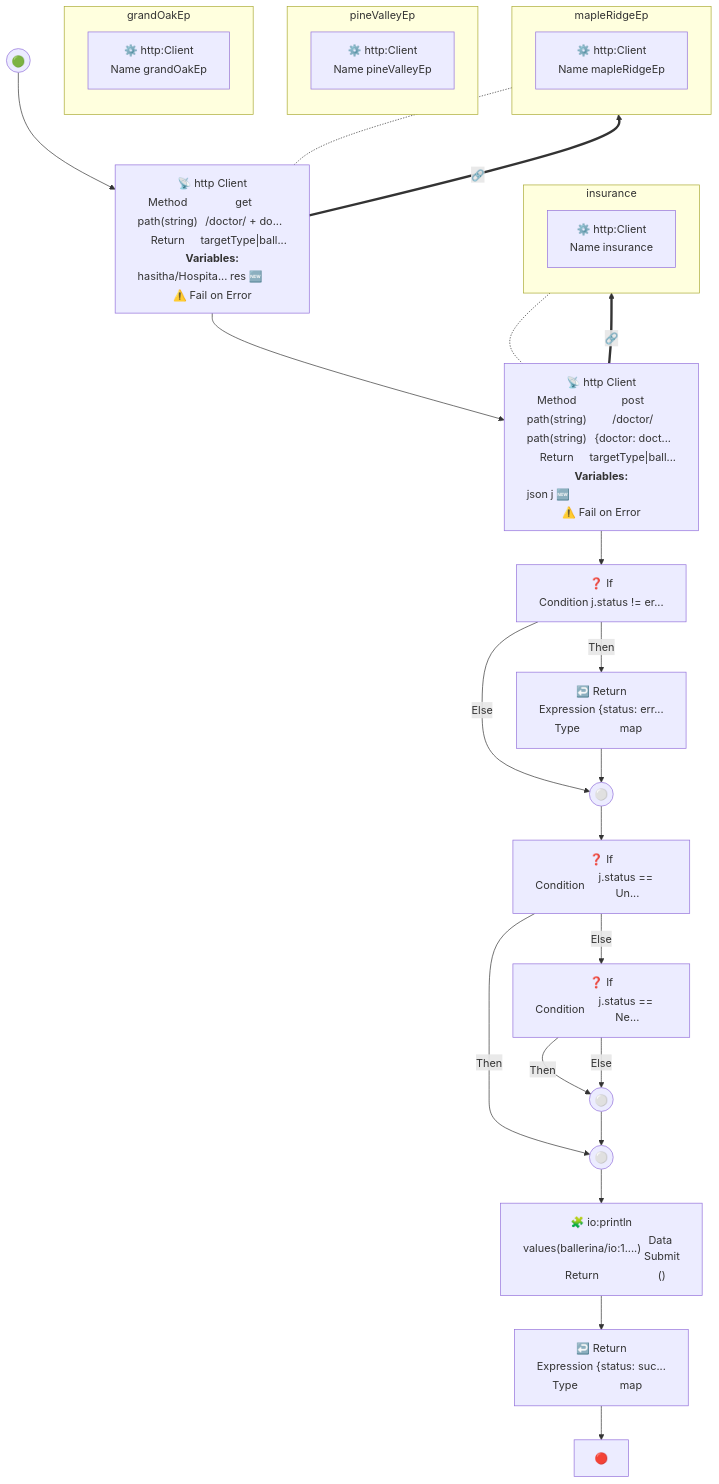
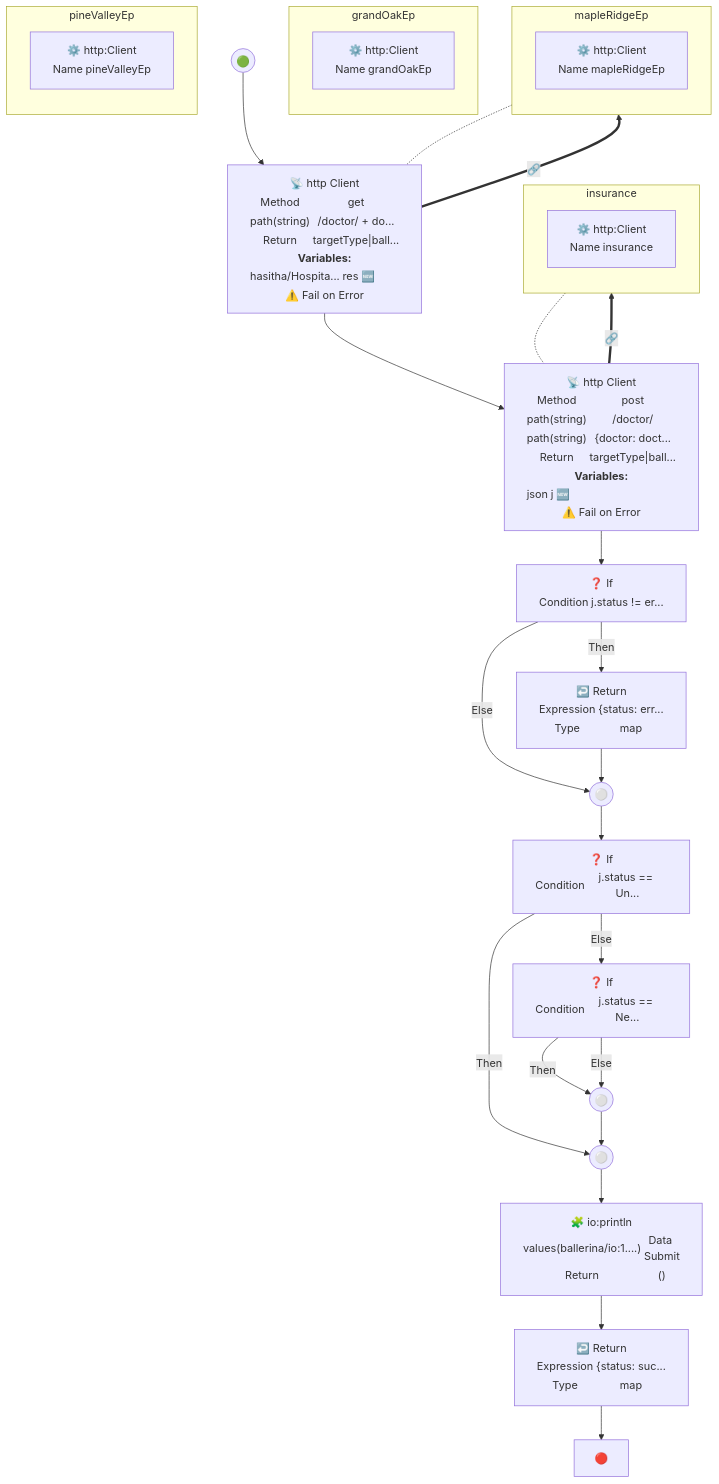
Before and after one commit to hasithaa/Diagram: the second of 2 diagrams in Examples/HospitalService/diagrams/post .md, drawn with Mermaid. The commit also changed 6 other files, not shown here.

````diff
--- a/Examples/HospitalService/diagrams/post .md
+++ b/Examples/HospitalService/diagrams/post .md
@@ -43,68 +43,68 @@
 ```mermaid
 flowchart TB
   START0(("🟢"))
   NETWORK_CALL1["📡 http Client
 <table><tr><td>Method</td><td>get</td></tr><tr><td>path(string)</td><td>/doctor/ + do...</td></tr><tr><td>Return</td><td>targetType|ball...</td></tr></table><strong>Variables:</strong><table><tr><td>hasitha/Hospita...</td><td>res</td><td>🆕</td></tr></table><p>⚠️ Fail on Error</p>"]
   NETWORK_CALL2["📡 http Client
 <table><tr><td>Method</td><td>post</td></tr><tr><td>path(string)</td><td>/doctor/</td></tr><tr><td>path(string)</td><td>{doctor: doct...</td></tr><tr><td>Return</td><td>targetType|ball...</td></tr></table><strong>Variables:</strong><table><tr><td>json</td><td>j</td><td>🆕</td></tr></table><p>⚠️ Fail on Error</p>"]
   SWITCH3["❓ If
 <table><tr><td>Condition</td><td>j.status != er...</td></tr></table>"]
   RETURN5["↩️ Return
 <table><tr><td>Expression</td><td>{status: err...</td></tr><tr><td>Type</td><td>map<json></td></tr></table>"]
   SWITCH_MERGE4(("⚪"))
   RETURN5["↩️ Return
 <table><tr><td>Expression</td><td>{status: err...</td></tr><tr><td>Type</td><td>map<json></td></tr></table>"]
   SWITCH6["❓ If
 <table><tr><td>Condition</td><td>j.status == Un...</td></tr></table>"]
   SWITCH8["❓ If
 <table><tr><td>Condition</td><td>j.status == Ne...</td></tr></table>"]
   SWITCH_MERGE9(("⚪"))
   SWITCH_MERGE7(("⚪"))
   SWITCH8["❓ If
 <table><tr><td>Condition</td><td>j.status == Ne...</td></tr></table>"]
   SWITCH_MERGE9(("⚪"))
   LIBRARY_CALL10["🧩 io:println
 <table><tr><td>values(ballerina/io:1....)</td><td>Data Submit</td></tr><tr><td>Return</td><td>()</td></tr></table>"]
   RETURN11["↩️ Return
 <table><tr><td>Expression</td><td>{status: suc...</td></tr><tr><td>Type</td><td>map<json></td></tr></table>"]
   END12["🔴"]
-  subgraph Connector0 ["pineValleyEp"]
-  direction TB
-    EXTERNAL0["⚙️ http:Client
-<table><tr><td>Name</td><td>pineValleyEp</td></tr></table>"]
-  end
-  subgraph Connector1 ["grandOakEp"]
+  subgraph Connector0 ["grandOakEp"]
   direction TB
     EXTERNAL1["⚙️ http:Client
 <table><tr><td>Name</td><td>grandOakEp</td></tr></table>"]
   end
-  subgraph Connector2 ["mapleRidgeEp"]
+  subgraph Connector1 ["mapleRidgeEp"]
   direction TB
     EXTERNAL2["⚙️ http:Client
 <table><tr><td>Name</td><td>mapleRidgeEp</td></tr></table>"]
   end
-  subgraph Connector3 ["insurance"]
+  subgraph Connector2 ["insurance"]
   direction TB
     EXTERNAL3["⚙️ http:Client
 <table><tr><td>Name</td><td>insurance</td></tr></table>"]
+  end
+  subgraph Connector3 ["pineValleyEp"]
+  direction TB
+    EXTERNAL0["⚙️ http:Client
+<table><tr><td>Name</td><td>pineValleyEp</td></tr></table>"]
   end
   NETWORK_CALL1 ==> |🔗| EXTERNAL2
   EXTERNAL2 -.- NETWORK_CALL1
   NETWORK_CALL2 ==> |🔗| EXTERNAL3
   EXTERNAL3 -.- NETWORK_CALL2
   START0 --> NETWORK_CALL1
   NETWORK_CALL1 --> NETWORK_CALL2
   NETWORK_CALL2 --> SWITCH3
   SWITCH3 --> |Then| RETURN5
   SWITCH3 --> |Else| SWITCH_MERGE4
   RETURN5 --> SWITCH_MERGE4
   SWITCH_MERGE4 --> SWITCH6
   SWITCH6 --> |Then| SWITCH_MERGE7
   SWITCH6 --> |Else| SWITCH8
   SWITCH8 --> |Then| SWITCH_MERGE9
   SWITCH8 --> |Else| SWITCH_MERGE9
   SWITCH_MERGE9 --> SWITCH_MERGE7
   SWITCH_MERGE7 --> LIBRARY_CALL10
   LIBRARY_CALL10 --> RETURN11
   RETURN11 --> END12
 ```
````
